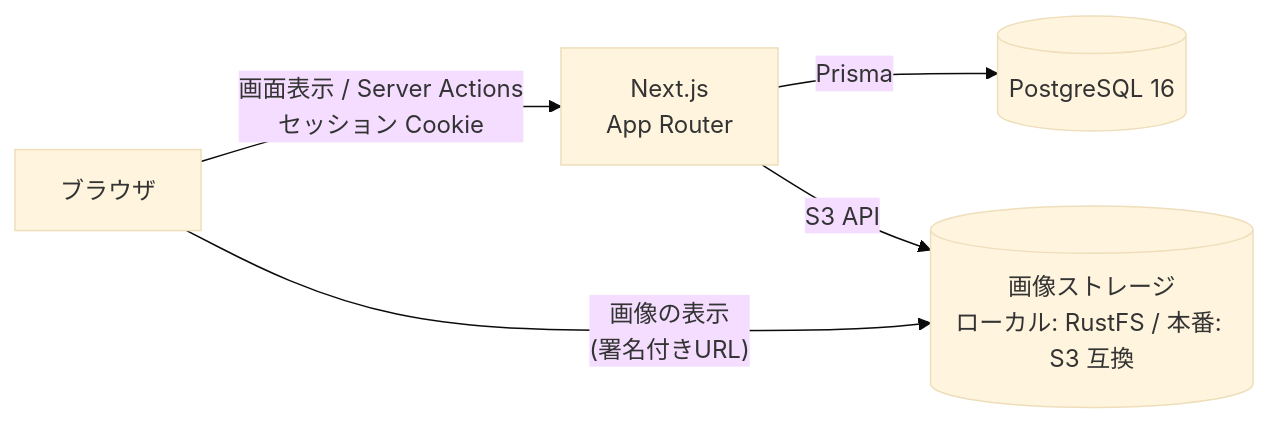
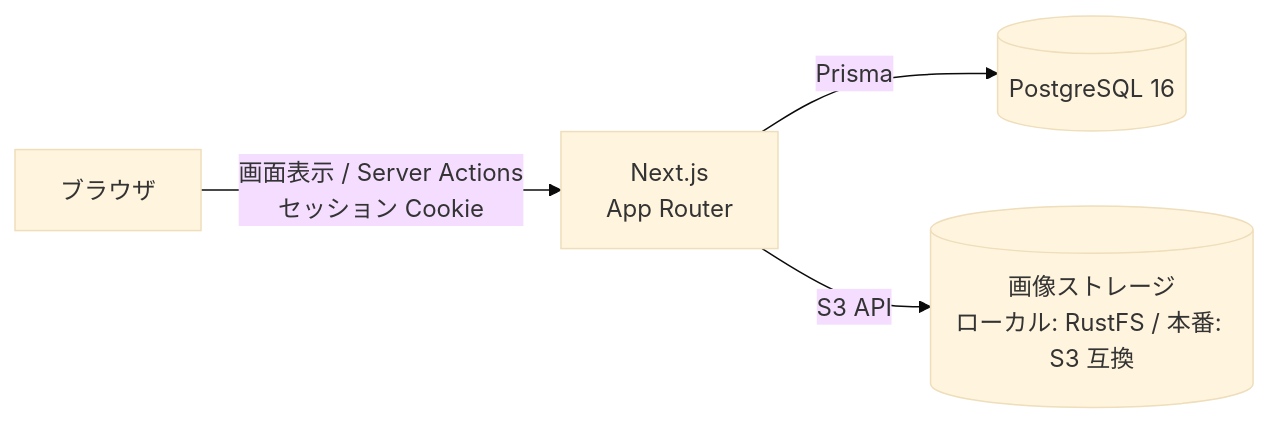
One commit to simizuryo/recipe-share changed the diagram in docs/requirements/05-tech-stack.md. Above: the diagram before and after it, drawn with Mermaid (base theme). The commit also changed other lines of this file and 7 other files, not shown here.

First line of the commit message:
Add architecture/ER diagrams and issue/PR templates

````diff
--- a/docs/requirements/05-tech-stack.md
+++ b/docs/requirements/05-tech-stack.md
@@ -10,7 +10,6 @@
 ```mermaid
 flowchart LR
     B[ブラウザ] -- "画面表示 / Server Actions<br/>セッション Cookie" --> N[Next.js<br/>App Router]
     N -- Prisma --> D[(PostgreSQL 16)]
     N -- "S3 API" --> O[(画像ストレージ<br/>ローカル: RustFS / 本番: S3 互換)]
-    B -- "画像の表示<br/>(署名付きURL)" --> O
 ```
````
